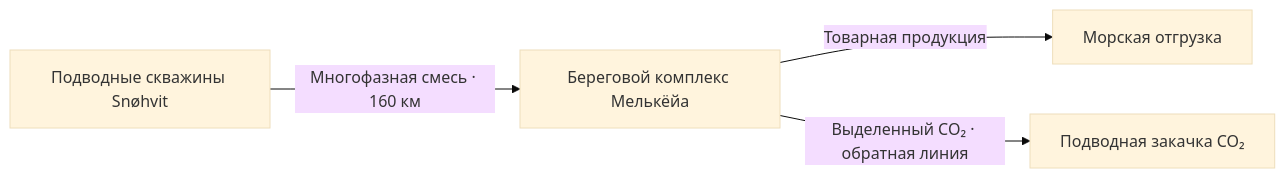
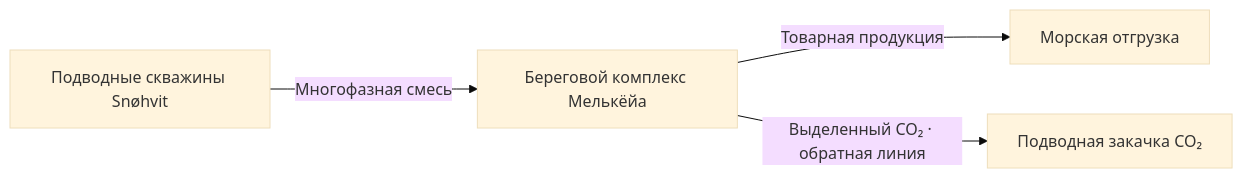
Before and after one commit to barsicc/osvoenie: the diagram in referat_kara_sea/figures/TECHNOLOGY_FIGURES.md, drawn with Mermaid (base theme). The commit also changed other lines of this file and 71 other files, not shown here.

````diff
--- a/referat_kara_sea/figures/TECHNOLOGY_FIGURES.md
+++ b/referat_kara_sea/figures/TECHNOLOGY_FIGURES.md
@@ -7,6 +7,6 @@
 ```mermaid
 flowchart LR
-    A["Подводные скважины Snøhvit"] -- "Многофазная смесь · 160 км" --> B["Береговой комплекс Мелькёйа"]
+    A["Подводные скважины Snøhvit"] -- "Многофазная смесь" --> B["Береговой комплекс Мелькёйа"]
     B -- "Товарная продукция" --> C["Морская отгрузка"]
     B -- "Выделенный CO₂ · обратная линия" --> D["Подводная закачка CO₂"]
 ```
````
